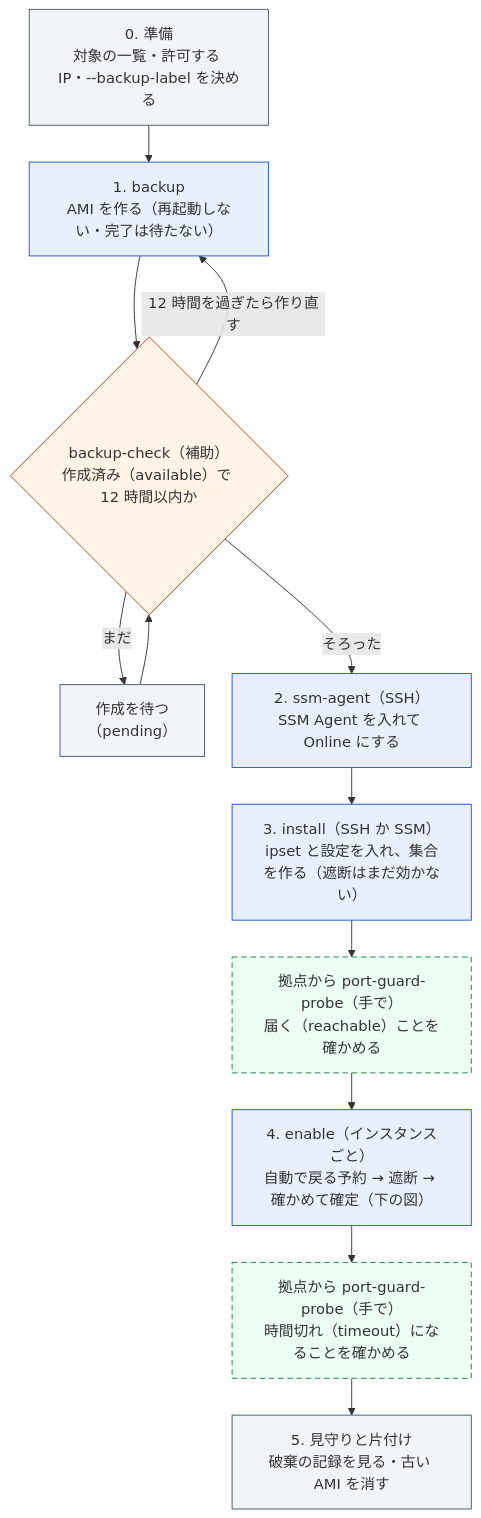
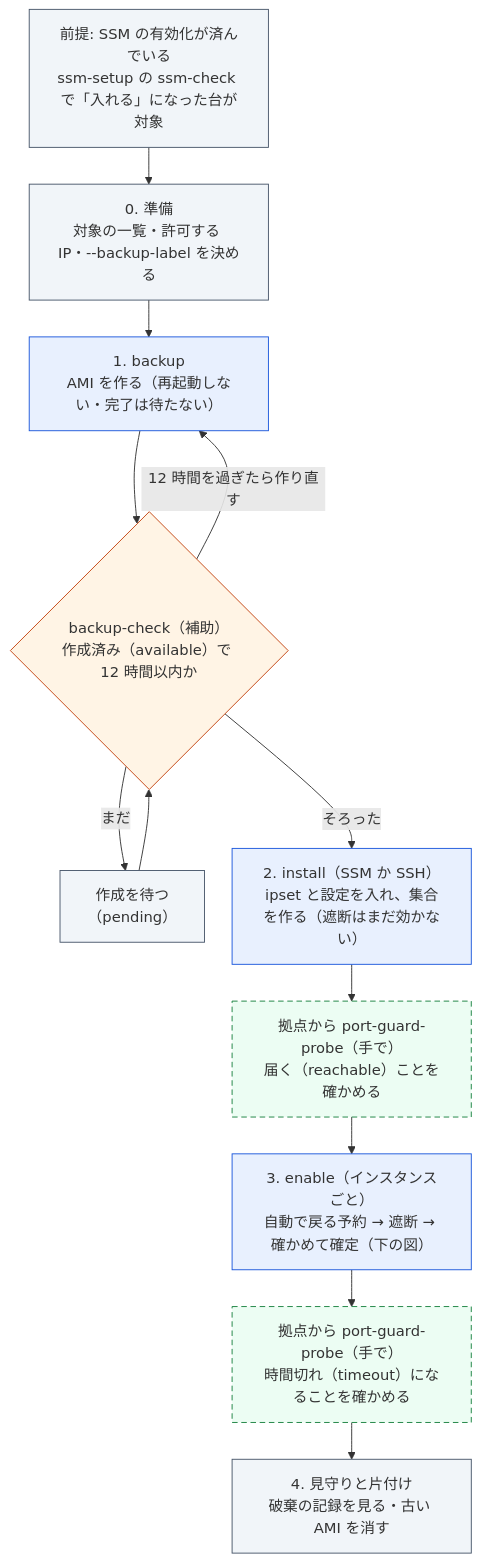
Before and after one commit to rxsxkxd/pk: the first of 2 diagrams in docs/ec2/port-guard-rollout/steps.md, drawn with Mermaid. The commit also changed other lines of this file and 43 other files, not shown here.

````diff
--- a/docs/ec2/port-guard-rollout/steps.md
+++ b/docs/ec2/port-guard-rollout/steps.md
@@ -19,28 +28,28 @@
 ```mermaid
 %%{init: {"themeVariables": {"fontSize": "16px"}, "flowchart": {"nodeSpacing": 30, "rankSpacing": 40}}}%%
 flowchart TD
+    Pre["前提: SSM の有効化が済んでいる<br>ssm-setup の ssm-check で「入れる」になった台が対象"]
     Prep["0. 準備<br>対象の一覧・許可する IP・--backup-label を決める"]
     Backup["1. backup<br>AMI を作る（再起動しない・完了は待たない）"]
     Check{"backup-check（補助）<br>作成済み（available）で 12 時間以内か"}
     Wait["作成を待つ<br>（pending）"]
-    Ssm["2. ssm-agent（SSH）<br>SSM Agent を入れて Online にする"]
-    Install["3. install（SSH か SSM）<br>ipset と設定を入れ、集合を作る（遮断はまだ効かない）"]
+    Install["2. install（SSM か SSH）<br>ipset と設定を入れ、集合を作る（遮断はまだ効かない）"]
     Probe1["拠点から port-guard-probe（手で）<br>届く（reachable）ことを確かめる"]
-    Enable["4. enable（インスタンスごと）<br>自動で戻る予約 → 遮断 → 確かめて確定（下の図）"]
+    Enable["3. enable（インスタンスごと）<br>自動で戻る予約 → 遮断 → 確かめて確定（下の図）"]
     Probe2["拠点から port-guard-probe（手で）<br>時間切れ（timeout）になることを確かめる"]
-    Watch["5. 見守りと片付け<br>破棄の記録を見る・古い AMI を消す"]
+    Watch["4. 見守りと片付け<br>破棄の記録を見る・古い AMI を消す"]
 
-    Prep --> Backup --> Check
+    Pre --> Prep --> Backup --> Check
     Check -->|まだ| Wait --> Check
     Check -->|12 時間を過ぎたら作り直す| Backup
-    Check -->|そろった| Ssm --> Install --> Probe1 --> Enable --> Probe2 --> Watch
+    Check -->|そろった| Install --> Probe1 --> Enable --> Probe2 --> Watch
 
     classDef command fill:#e8f0fe,stroke:#1a56db
     classDef check fill:#fff4e5,stroke:#c2410c
     classDef manual fill:#ecfdf3,stroke:#15803d,stroke-dasharray:6 4
     classDef done fill:#f1f5f9,stroke:#475569
-    class Backup,Ssm,Install,Enable command
+    class Backup,Install,Enable command
     class Check check
     class Probe1,Probe2 manual
-    class Prep,Wait,Watch done
+    class Pre,Prep,Wait,Watch done
 ```
````
